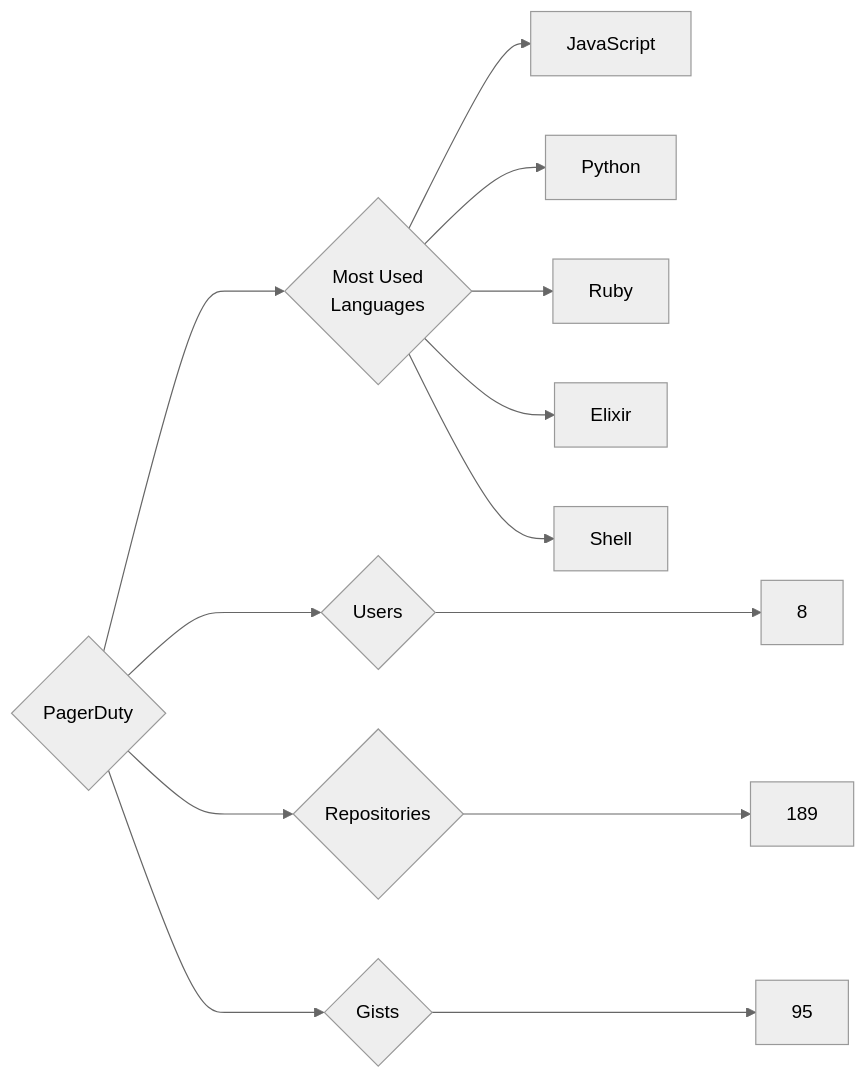
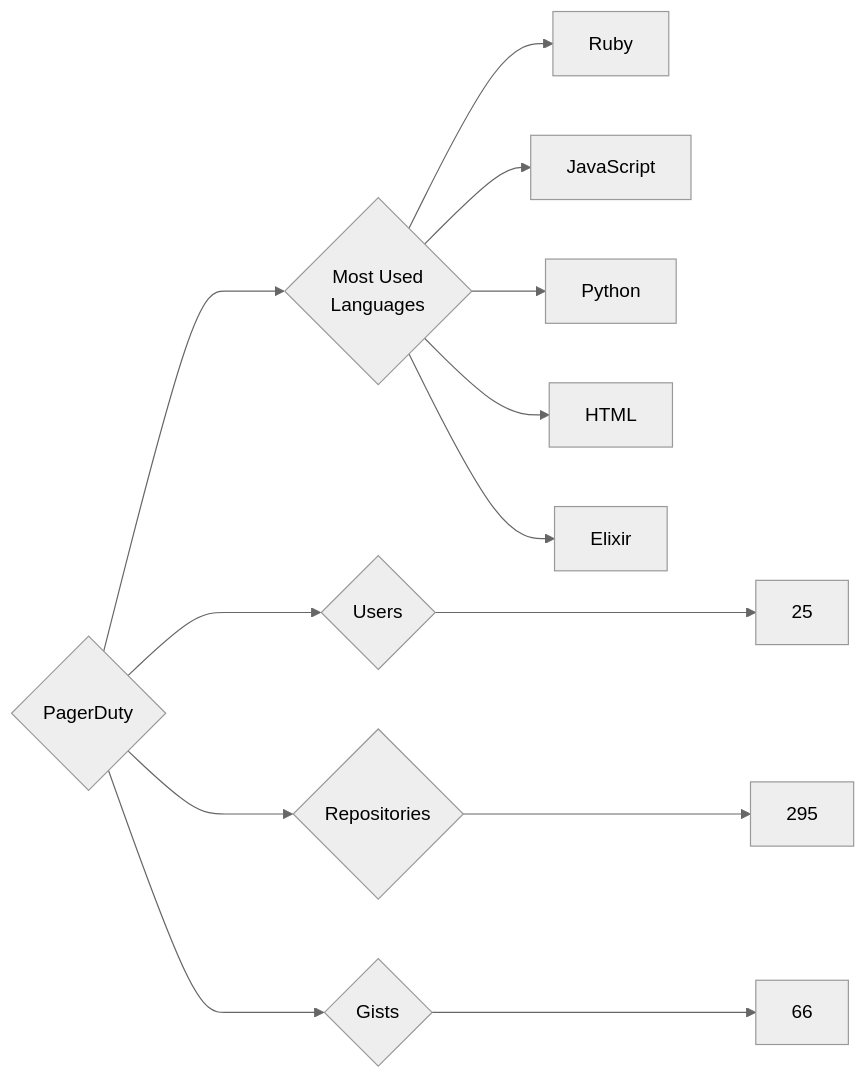
Before and after one commit to trickest/insiders: the diagram in targets/PagerDuty/README.md, drawn with Mermaid (neutral theme). The commit also changed 969 other files, not shown here.

````diff
--- a/targets/PagerDuty/README.md
+++ b/targets/PagerDuty/README.md
@@ -3,13 +3,13 @@
 ```mermaid
 graph LR
 COMPANY_NAME{PagerDuty}
-COMPANY_NAME ---> U{Users} ---> UN[8]
-COMPANY_NAME ---> R{Repositories} ---> RN[189]
-COMPANY_NAME ---> G{Gists} ---> GN[95]
+COMPANY_NAME ---> U{Users} ---> UN[25]
+COMPANY_NAME ---> R{Repositories} ---> RN[295]
+COMPANY_NAME ---> G{Gists} ---> GN[66]
 COMPANY_NAME ---> ML{Most Used<br>Languages}
+ML --> Ruby[Ruby]
 ML --> JavaScript[JavaScript]
 ML --> Python[Python]
-ML --> Ruby[Ruby]
+ML --> HTML[HTML]
 ML --> Elixir[Elixir]
-ML --> Shell[Shell]
 ```
````
